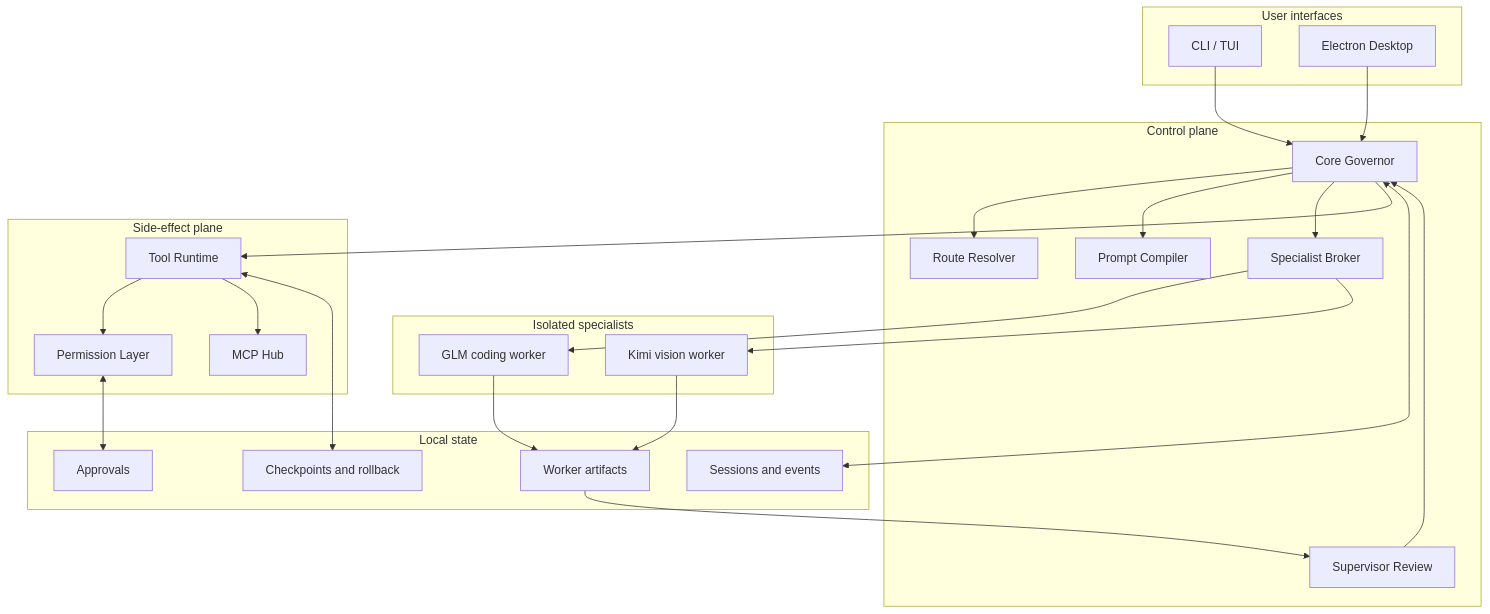
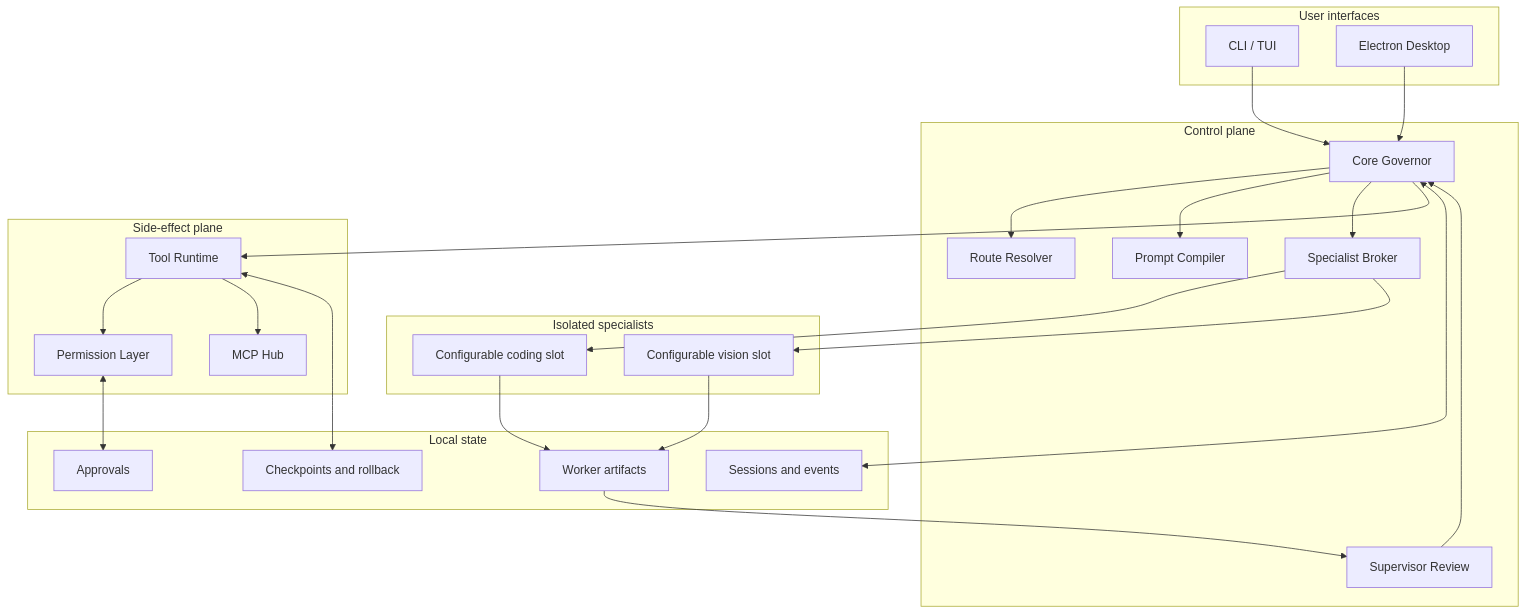
One commit to 1157360333-a11y/deep-mix changed the first of 2 diagrams in docs/deep-mix-architecture.md. Above: the diagram before and after it, drawn with Mermaid. The commit also changed other lines of this file and 143 other files, not shown here.

````diff
--- a/docs/deep-mix-architecture.md
+++ b/docs/deep-mix-architecture.md
@@ -19,51 +19,51 @@
 ```mermaid
 flowchart TB
     subgraph UI["User interfaces"]
       CLI["CLI / TUI"]
       DESKTOP["Electron Desktop"]
     end
 
     subgraph CONTROL["Control plane"]
       GOV["Core Governor"]
       ROUTE["Route Resolver"]
       PROMPT["Prompt Compiler"]
       BROKER["Specialist Broker"]
       REVIEW["Supervisor Review"]
     end
 
     subgraph SPECIALISTS["Isolated specialists"]
-      GLM["GLM coding worker"]
-      KIMI["Kimi vision worker"]
+      GLM["Configurable coding slot"]
+      KIMI["Configurable vision slot"]
     end
 
     subgraph EFFECTS["Side-effect plane"]
       TOOLS["Tool Runtime"]
       PERM["Permission Layer"]
       MCP["MCP Hub"]
     end
 
     subgraph STATE["Local state"]
       SESS["Sessions and events"]
       APP["Approvals"]
       CP["Checkpoints and rollback"]
       ART["Worker artifacts"]
     end
 
     CLI --> GOV
     DESKTOP --> GOV
     GOV --> ROUTE
     GOV --> PROMPT
     GOV --> BROKER
     BROKER --> GLM
     BROKER --> KIMI
     GLM --> ART
     KIMI --> ART
     ART --> REVIEW
     REVIEW --> GOV
     GOV --> TOOLS
     TOOLS --> PERM
     TOOLS --> MCP
     GOV <--> SESS
     PERM <--> APP
     TOOLS <--> CP
 ```
````
